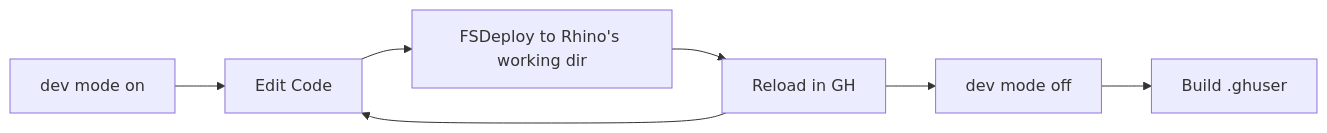
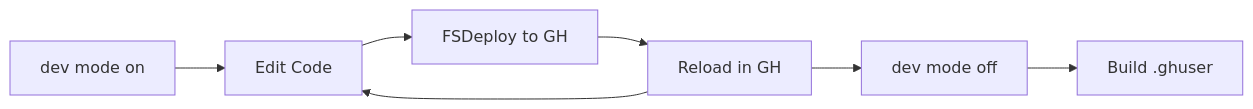
The diagram in workflow/README.md (PH-Tools/honeybee_grasshopper_ph), drawn with Mermaid before and after one commit. The commit also changed other lines of this file, not shown here.

````diff
--- a/workflow/README.md
+++ b/workflow/README.md
@@ -78,9 +78,9 @@
 ```mermaid
 graph LR;
     A[dev mode on] --> B[Edit Code];
-    B --> C[FSDeploy to Rhino's working dir];
+    B --> C[FSDeploy to GH];
     C --> D[Reload in GH];
     D --> B;
     D --> E[dev mode off]
     E --> F[Build .ghuser]
 ```
````
